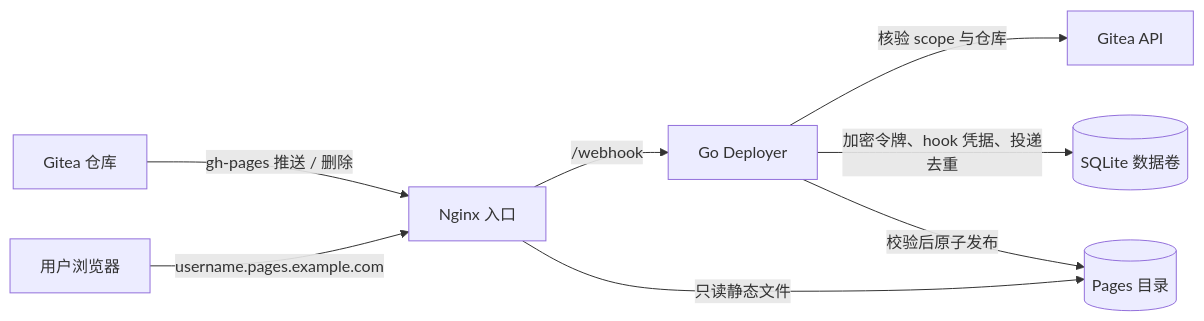
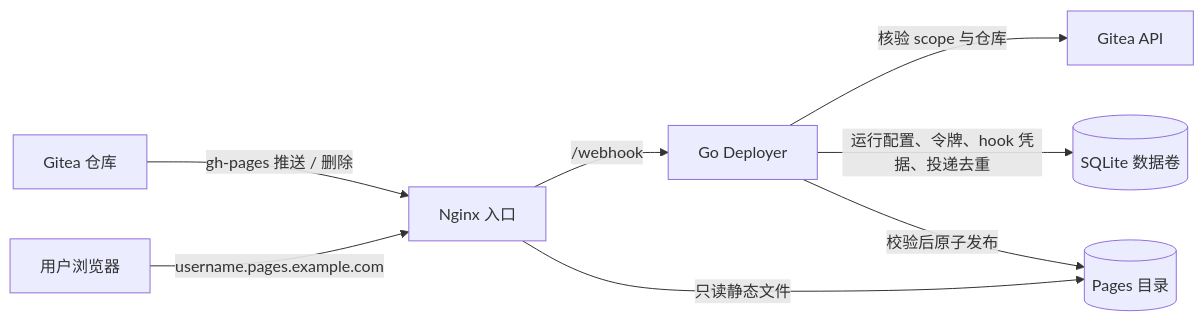
The first of 4 diagrams in docs/project-guide.md (zzmark/gitea-pages), drawn with Mermaid before and after one commit. The commit also changed other lines of this file and 31 other files, not shown here.

````diff
--- a/docs/project-guide.md
+++ b/docs/project-guide.md
@@ -15,10 +15,10 @@
 ```mermaid
 flowchart LR
     G[Gitea 仓库] -->|gh-pages 推送 / 删除| N[Nginx 入口]
     N -->|/webhook| D[Go Deployer]
     D -->|核验 scope 与仓库| API[Gitea API]
-    D -->|加密令牌、hook 凭据、投递去重| DB[(SQLite 数据卷)]
+    D -->|运行配置、令牌、hook 凭据、投递去重| DB[(SQLite 数据卷)]
     D -->|校验后原子发布| FS[(Pages 目录)]
     V[用户浏览器] -->|username.pages.example.com| N
     N -->|只读静态文件| FS
 ```
````
